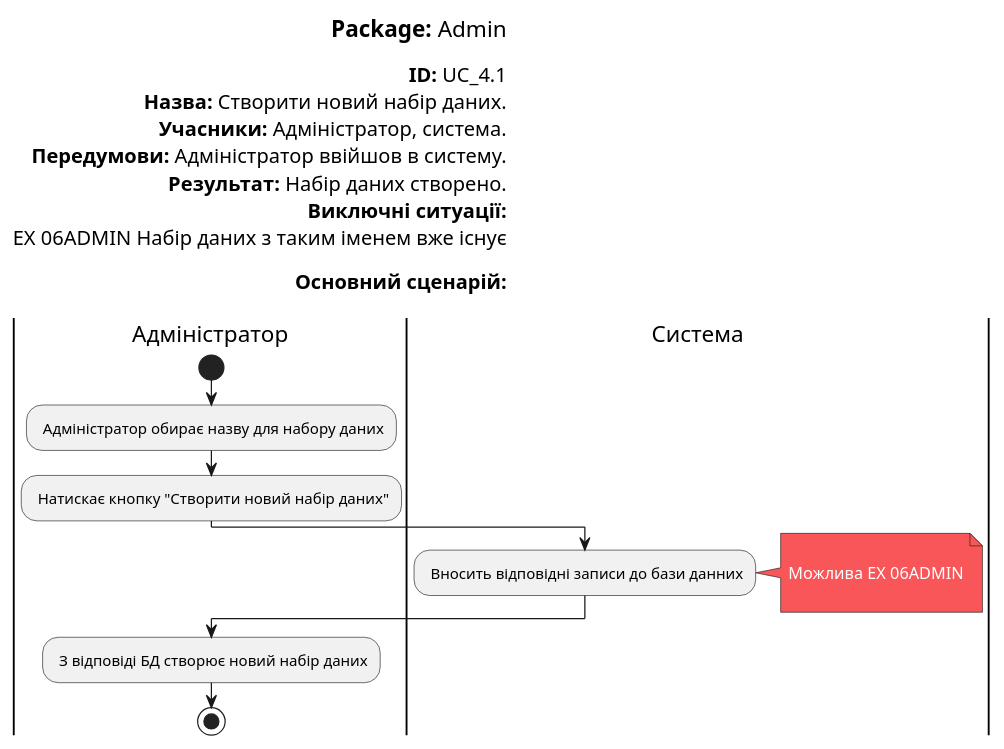
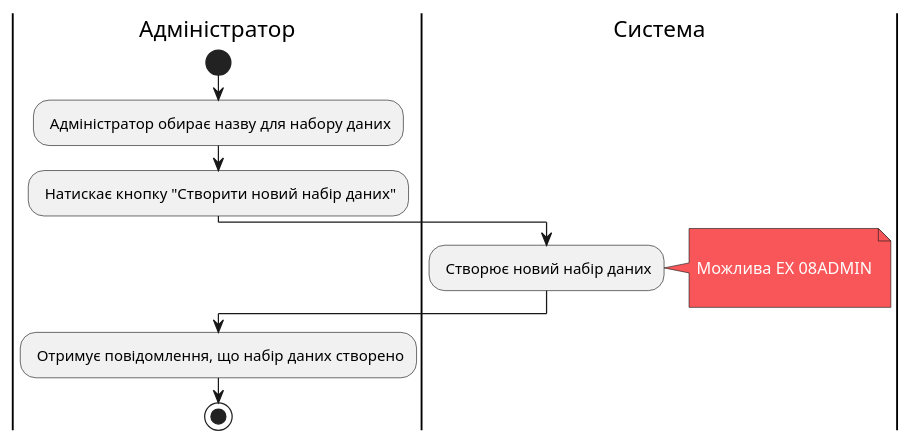
The diagram in src/uml/UC_4.1.puml (KarmazinN/db_open_data), drawn with PlantUML before and after one commit.

```diff
--- a/src/uml/UC_4.1.puml
+++ b/src/uml/UC_4.1.puml
@@ -1,45 +1,31 @@
 @startuml
 skinparam ArchimateBackgroundColor #ffffff
 skinparam	shadowing false
 skinparam Note {
 	BackgroundColor #f85658
 	FontColor #ffffff
 }
 
-left header
-<font color=000 size=18><b>Package:</b> Admin
-
-<font color=000 size=16><b>ID:</b> UC_4.1
-<font color=000 size=16><b>Назва:</b> Створити новий набір даних.
-<font color=000 size=16><b>Учасники:</b> Адміністратор, система.
-<font color=000 size=16><b>Передумови:</b> Адміністратор ввійшов в систему.
-<font color=000 size=16><b>Результат:</b> Набір даних створено.
-<font color=000 size=16><b>Виключні ситуації:</b>
-<font color=000 size=16> EX 06ADMIN Набір даних з таким іменем вже існує
-
-<font color=000 size=16><b>Основний сценарій:</b>
-
-end header
 
 |Адміністратор|
 start
 : Адміністратор обирає назву для набору даних;
 : Натискає кнопку "Створити новий набір даних";
 
 |Система|
 
-: Вносить відповідні записи до бази данних;
+: Створює новий набір даних;
 note right
 
-	Можлива EX 06ADMIN
+	Можлива EX 08ADMIN
 
 end note
 
 |Адміністратор|
 
-: З відповіді БД створює новий набір даних;
+: Отримує повідомлення, що набір даних створено;
 
 stop;
 
 
 @enduml
```
